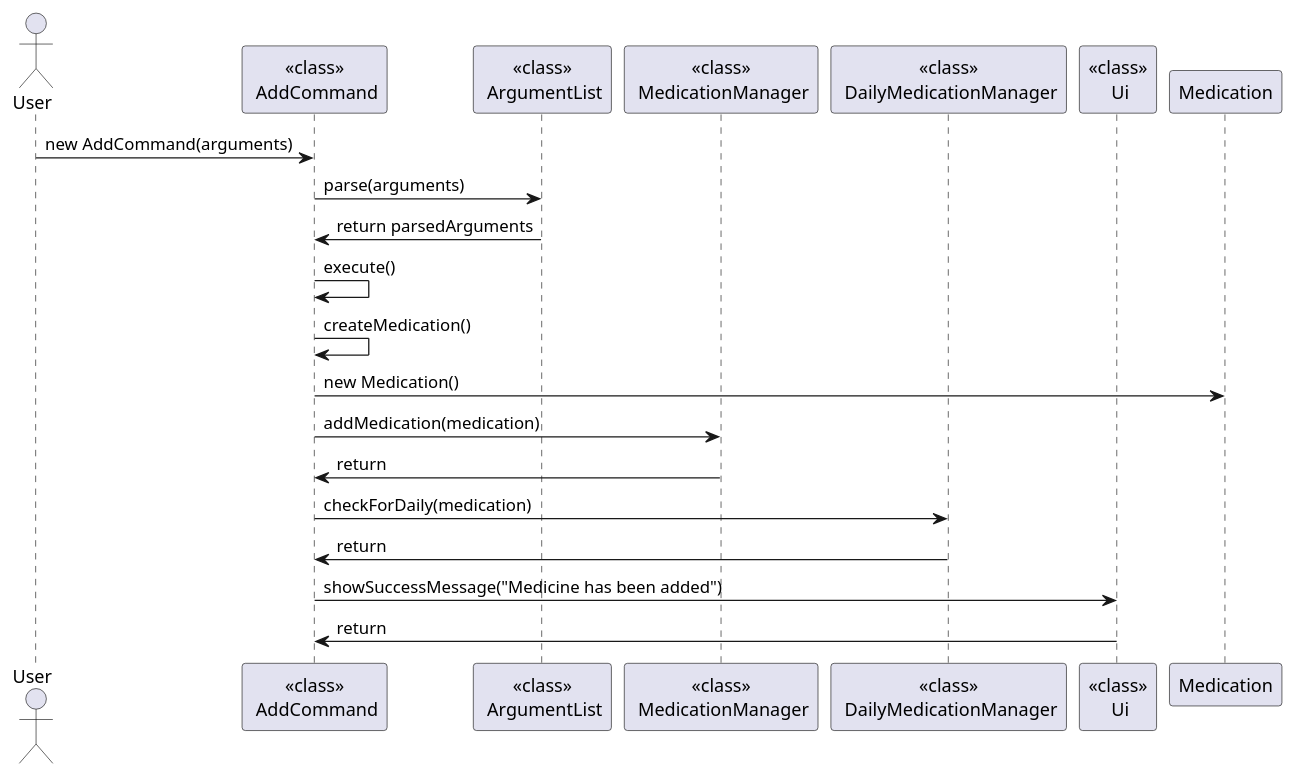
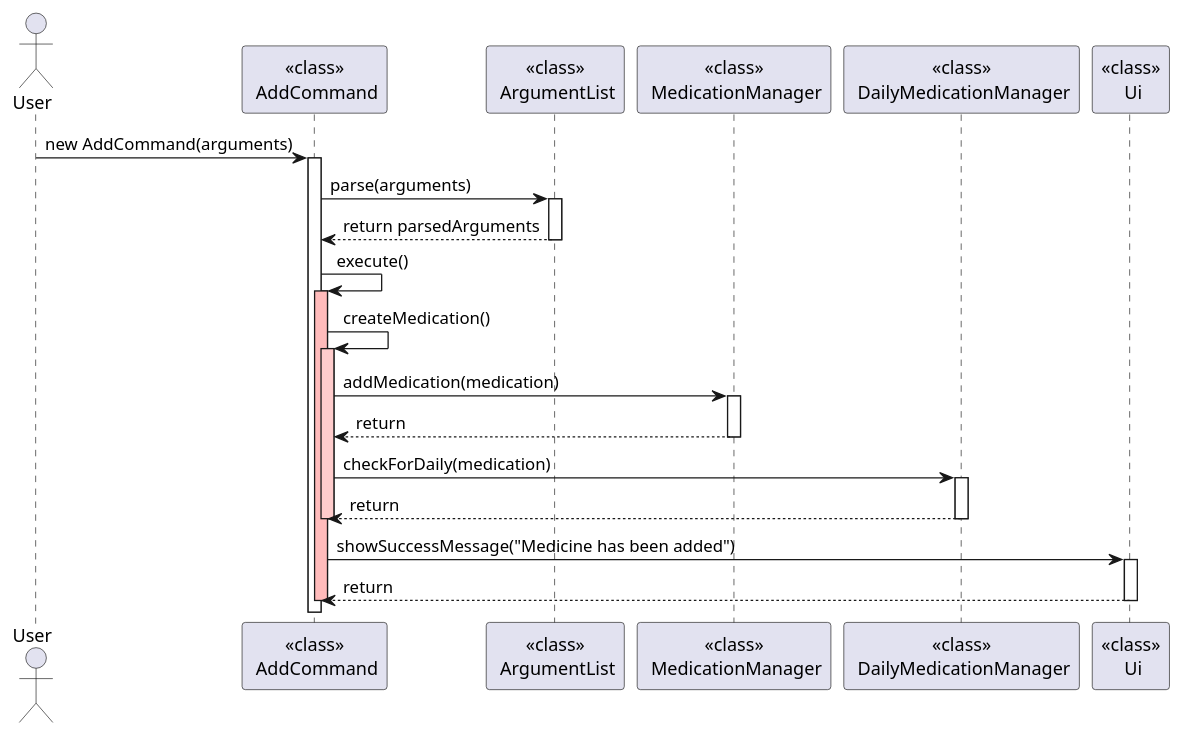
One commit to e0958902/tp changed the diagram in docs/diagrams/AddCommand.puml. Above: the diagram before and after it, drawn with PlantUML. The commit also changed 1 other file, not shown here.

Commit message:
docs: Update Add command sequence diagram

```diff
--- a/docs/diagrams/AddCommand.puml
+++ b/docs/diagrams/AddCommand.puml
@@ -1,25 +1,37 @@
 @startuml
 actor User
 participant "<<class>>\n AddCommand" as AddCommand
 participant "<<class>>\n ArgumentList" as ArgumentList
 participant "<<class>>\n MedicationManager" as MedicationManager
 participant "<<class>>\n DailyMedicationManager" as DailyMedicationManager
 participant "<<class>>\n Ui" as Ui
 
 User -> AddCommand: new AddCommand(arguments)
+activate AddCommand
 AddCommand -> ArgumentList: parse(arguments)
-ArgumentList -> AddCommand: return parsedArguments
+activate ArgumentList
+ArgumentList --> AddCommand: return parsedArguments
+deactivate ArgumentList
 
 AddCommand -> AddCommand: execute()
+activate AddCommand #FFBBBB
+
 AddCommand -> AddCommand: createMedication()
-AddCommand -> Medication: new Medication()
-
+activate AddCommand #FFCCCC
 AddCommand -> MedicationManager: addMedication(medication)
-MedicationManager -> AddCommand: return
+activate MedicationManager
+MedicationManager --> AddCommand: return
+deactivate MedicationManager
 
 AddCommand -> DailyMedicationManager: checkForDaily(medication)
-DailyMedicationManager -> AddCommand: return
+activate DailyMedicationManager
+DailyMedicationManager --> AddCommand: return
+deactivate DailyMedicationManager
+deactivate AddCommand
 
 AddCommand -> Ui: showSuccessMessage("Medicine has been added")
-Ui -> AddCommand: return
+activate Ui
+Ui --> AddCommand: return
+deactivate Ui
+deactivate AddCommand
 @enduml
```
